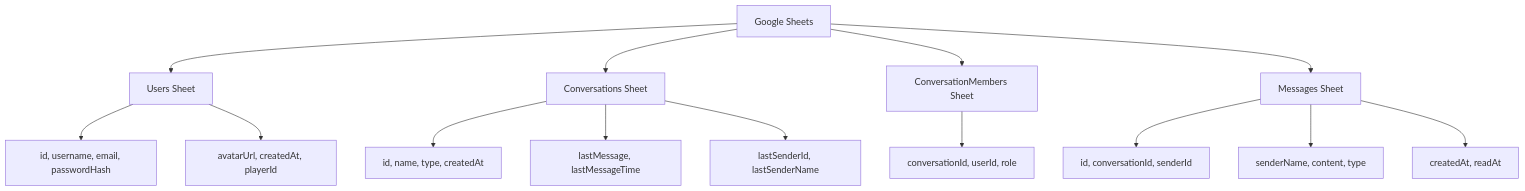
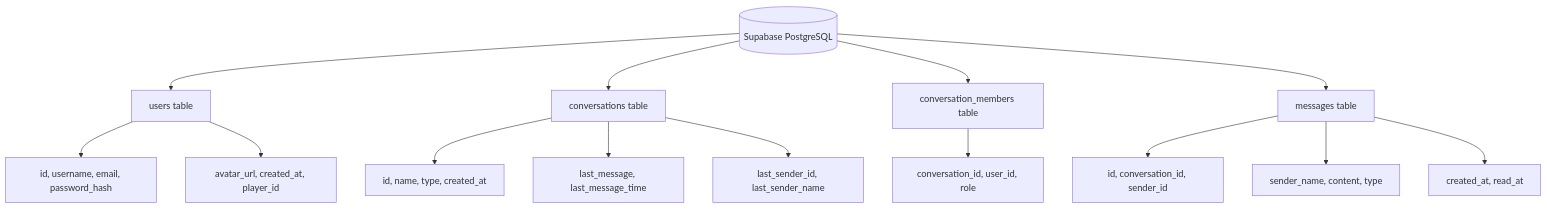
Before and after one commit to mvadly/api-mvchat: the fifth of 5 diagrams in README.md, drawn with Mermaid. The commit also changed other lines of this file and 2 other files, not shown here.

````diff
--- a/README.md
+++ b/README.md
@@ -242,22 +238,22 @@
 ```mermaid
 graph TD
-    GS[Google Sheets]
+    DB[(Supabase PostgreSQL)]
     
-    GS --> U[Users Sheet]
-    GS --> C[Conversations Sheet]
-    GS --> CM[ConversationMembers Sheet]
-    GS --> M[Messages Sheet]
+    DB --> U[users table]
+    DB --> C[conversations table]
+    DB --> CM[conversation_members table]
+    DB --> M[messages table]
     
-    U --> U1[id, username, email, passwordHash]
-    U --> U2[avatarUrl, createdAt, playerId]
+    U --> U1[id, username, email, password_hash]
+    U --> U2[avatar_url, created_at, player_id]
     
-    C --> C1[id, name, type, createdAt]
-    C --> C2[lastMessage, lastMessageTime]
-    C --> C3[lastSenderId, lastSenderName]
+    C --> C1[id, name, type, created_at]
+    C --> C2[last_message, last_message_time]
+    C --> C3[last_sender_id, last_sender_name]
     
-    CM --> CM1[conversationId, userId, role]
+    CM --> CM1[conversation_id, user_id, role]
     
-    M --> M1[id, conversationId, senderId]
-    M --> M2[senderName, content, type]
-    M --> M3[createdAt, readAt]
+    M --> M1[id, conversation_id, sender_id]
+    M --> M2[sender_name, content, type]
+    M --> M3[created_at, read_at]
 ```
````
